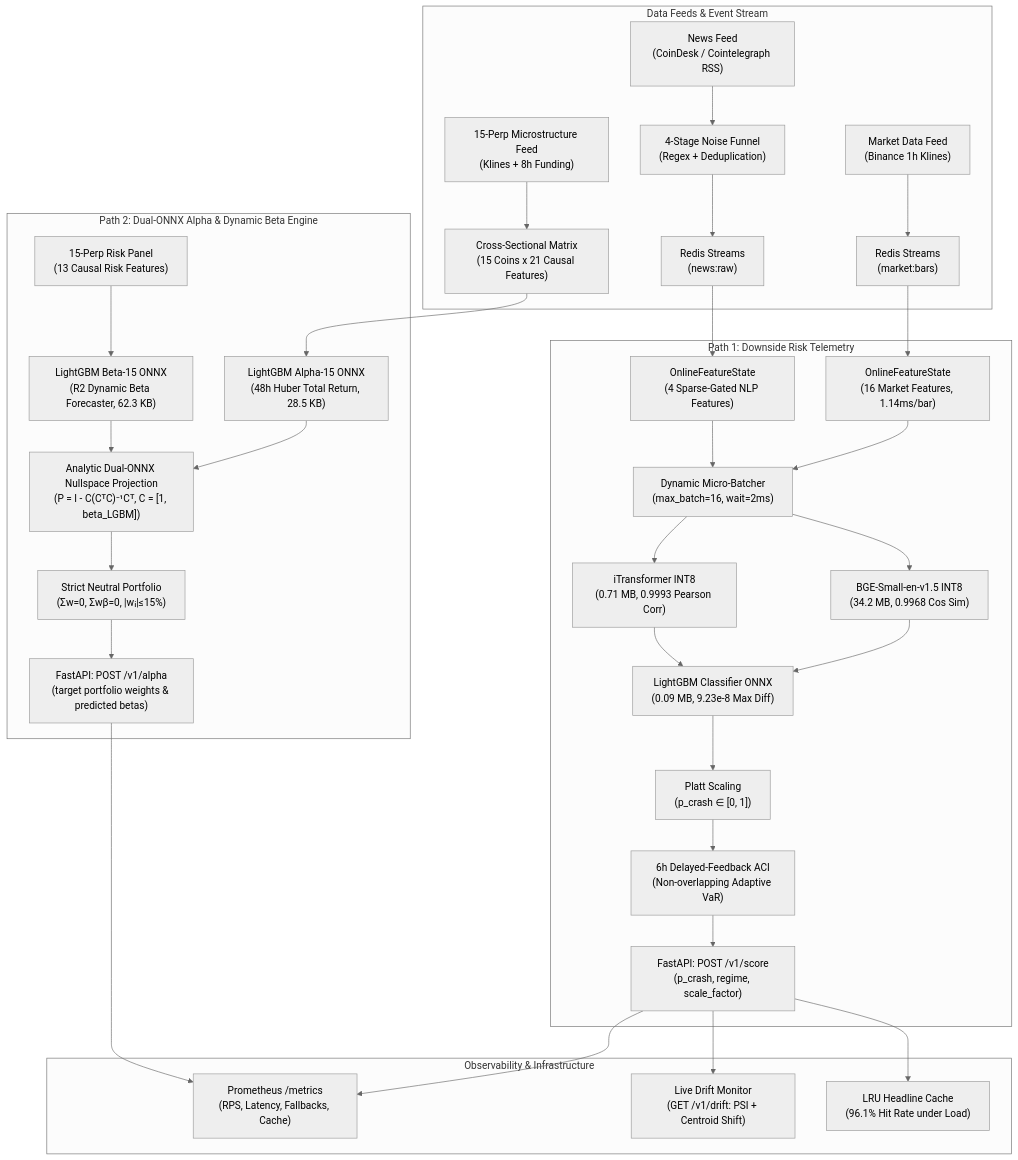
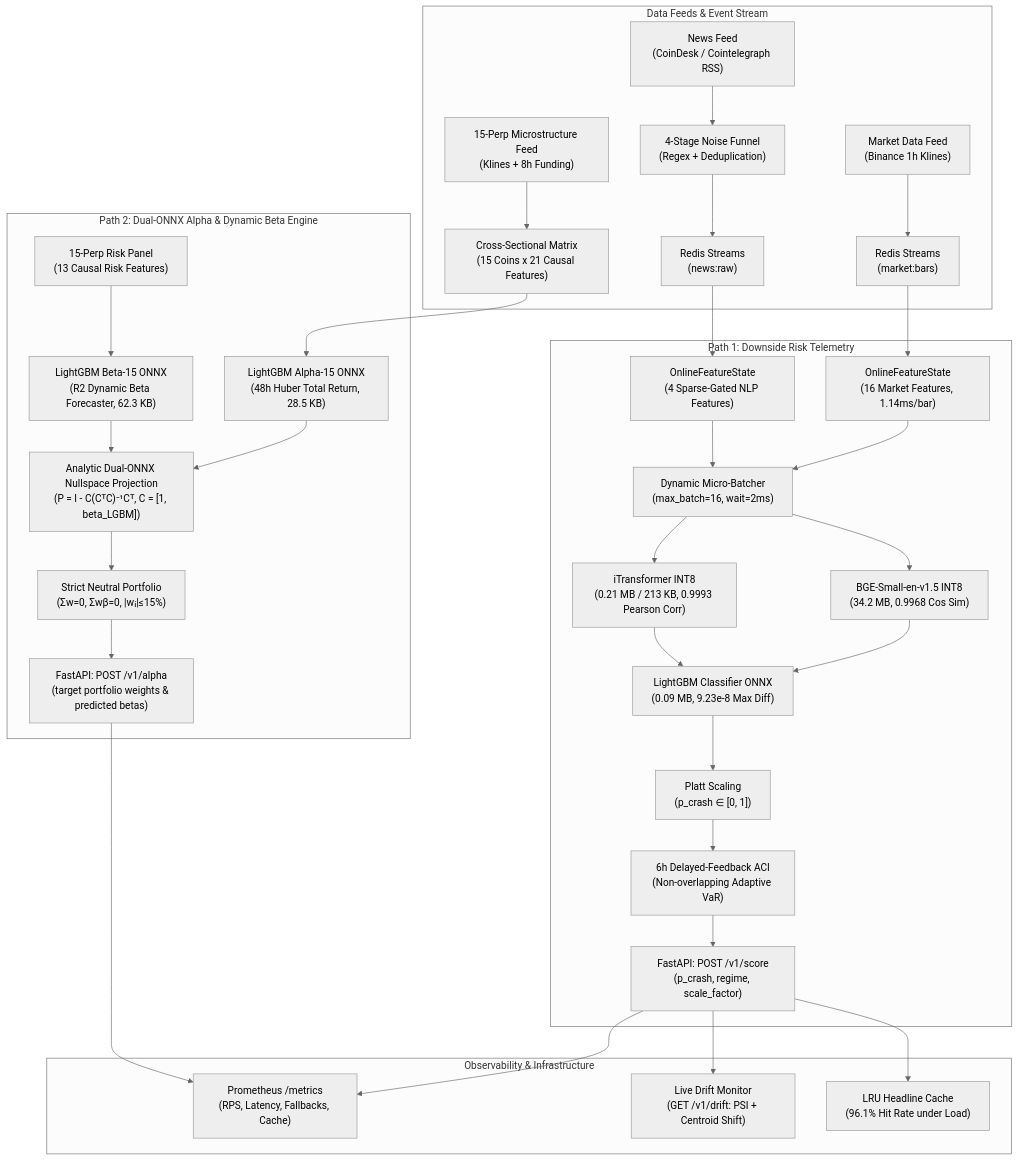
One commit to Jonathan0607/Ethereum-Volatility-Pipeline changed the diagram in apex_multimodal_risk/README.md. Above: the diagram before and after it, drawn with Mermaid (neutral theme). The commit also changed other lines of this file and 12 other files, not shown here.

````diff
--- a/apex_multimodal_risk/README.md
+++ b/apex_multimodal_risk/README.md
@@ -20,35 +20,35 @@
 ```mermaid
 flowchart TD
     subgraph INGESTION ["Data Feeds & Event Stream"]
         A1["Market Data Feed<br/>(Binance 1h Klines)"] --> B["Redis Streams<br/>(market:bars)"]
         A2["News Feed<br/>(CoinDesk / Cointelegraph RSS)"] --> C["4-Stage Noise Funnel<br/>(Regex + Deduplication)"]
         C --> D["Redis Streams<br/>(news:raw)"]
         A3["15-Perp Microstructure Feed<br/>(Klines + 8h Funding)"] --> U["Cross-Sectional Matrix<br/>(15 Coins x 21 Causal Features)"]
     end
 
     subgraph PATH1 ["Path 1: Downside Risk Telemetry"]
         B --> E["OnlineFeatureState<br/>(16 Market Features, 1.14ms/bar)"]
         D --> F["OnlineFeatureState<br/>(4 Sparse-Gated NLP Features)"]
         E & F --> G["Dynamic Micro-Batcher<br/>(max_batch=16, wait=2ms)"]
         G --> H1["BGE-Small-en-v1.5 INT8<br/>(34.2 MB, 0.9968 Cos Sim)"]
-        G --> H2["iTransformer INT8<br/>(0.71 MB, 0.9993 Pearson Corr)"]
+        G --> H2["iTransformer INT8<br/>(0.21 MB / 213 KB, 0.9993 Pearson Corr)"]
         H1 & H2 --> H3["LightGBM Classifier ONNX<br/>(0.09 MB, 9.23e-8 Max Diff)"]
         H3 --> I["Platt Scaling<br/>(p_crash ∈ [0, 1])"]
         I --> J["6h Delayed-Feedback ACI<br/>(Non-overlapping Adaptive VaR)"]
         J --> K1["FastAPI: POST /v1/score<br/>(p_crash, regime, scale_factor)"]
     end
 
     subgraph PATH2 ["Path 2: Dual-ONNX Alpha & Dynamic Beta Engine"]
         U --> V1["LightGBM Alpha-15 ONNX<br/>(48h Huber Total Return, 28.5 KB)"]
         U_BETA["15-Perp Risk Panel<br/>(13 Causal Risk Features)"] --> V1_BETA["LightGBM Beta-15 ONNX<br/>(R2 Dynamic Beta Forecaster, 62.3 KB)"]
         V1 & V1_BETA --> V3["Analytic Dual-ONNX Nullspace Projection<br/>(P = I - C(CᵀC)⁻¹Cᵀ, C = [1, beta_LGBM])"]
         V3 --> V4["Strict Neutral Portfolio<br/>(Σw=0, Σwβ=0, |wᵢ|≤15%)"]
         V4 --> K2["FastAPI: POST /v1/alpha<br/>(target portfolio weights & predicted betas)"]
     end
 
     subgraph OBSERVABILITY ["Observability & Infrastructure"]
         K1 & K2 --> L1["Prometheus /metrics<br/>(RPS, Latency, Fallbacks, Cache)"]
         K1 --> L2["Live Drift Monitor<br/>(GET /v1/drift: PSI + Centroid Shift)"]
         K1 --> L3["LRU Headline Cache<br/>(96.1% Hit Rate under Load)"]
     end
 ```
````
